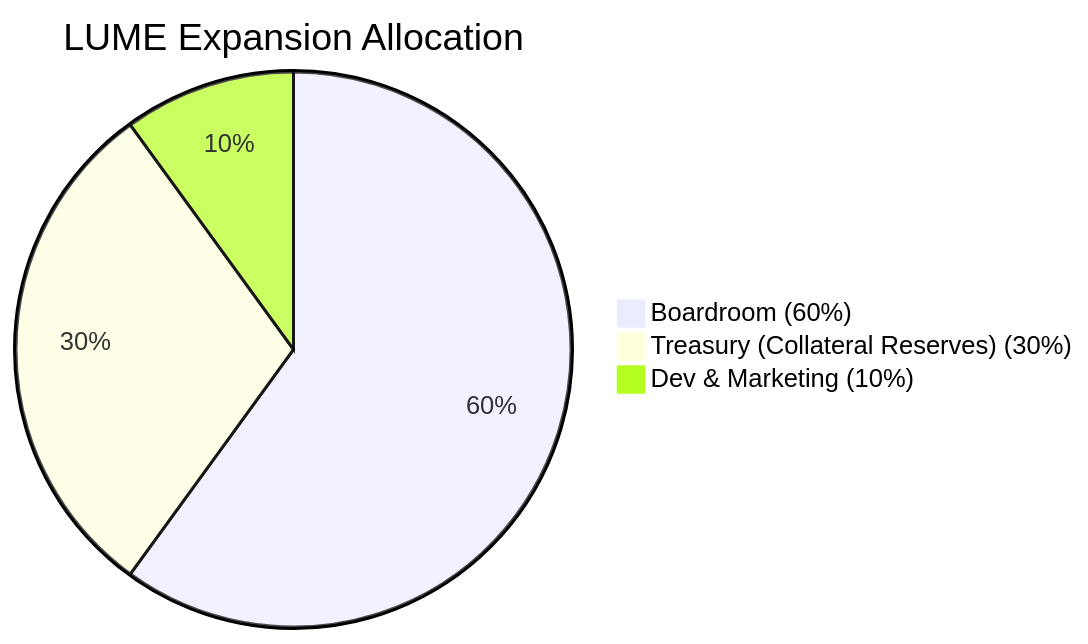
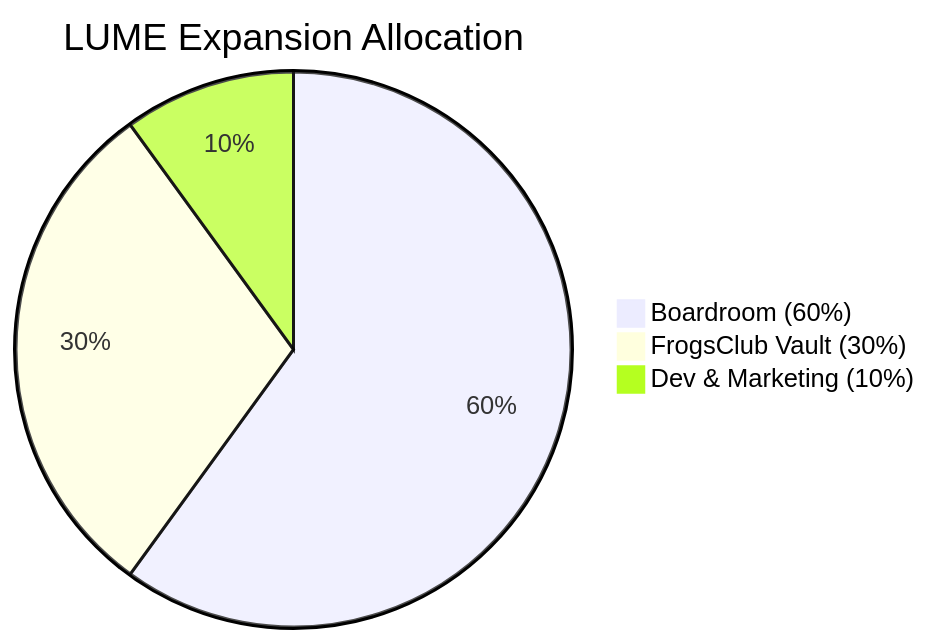
One commit to lume-fi/lumefi-contracts changed the third of 3 diagrams in README.md. Above: the diagram before and after it, drawn with Mermaid. The commit also changed other lines of this file, not shown here.

````diff
--- a/README.md
+++ b/README.md
@@ -133,7 +133,7 @@
 ```mermaid
 pie
     title LUME Expansion Allocation
     "Boardroom (60%)": 60
-    "Treasury (Collateral Reserves) (30%)": 30
+    "FrogsClub Vault (30%)": 30
     "Dev & Marketing (10%)": 10
 ```
````
